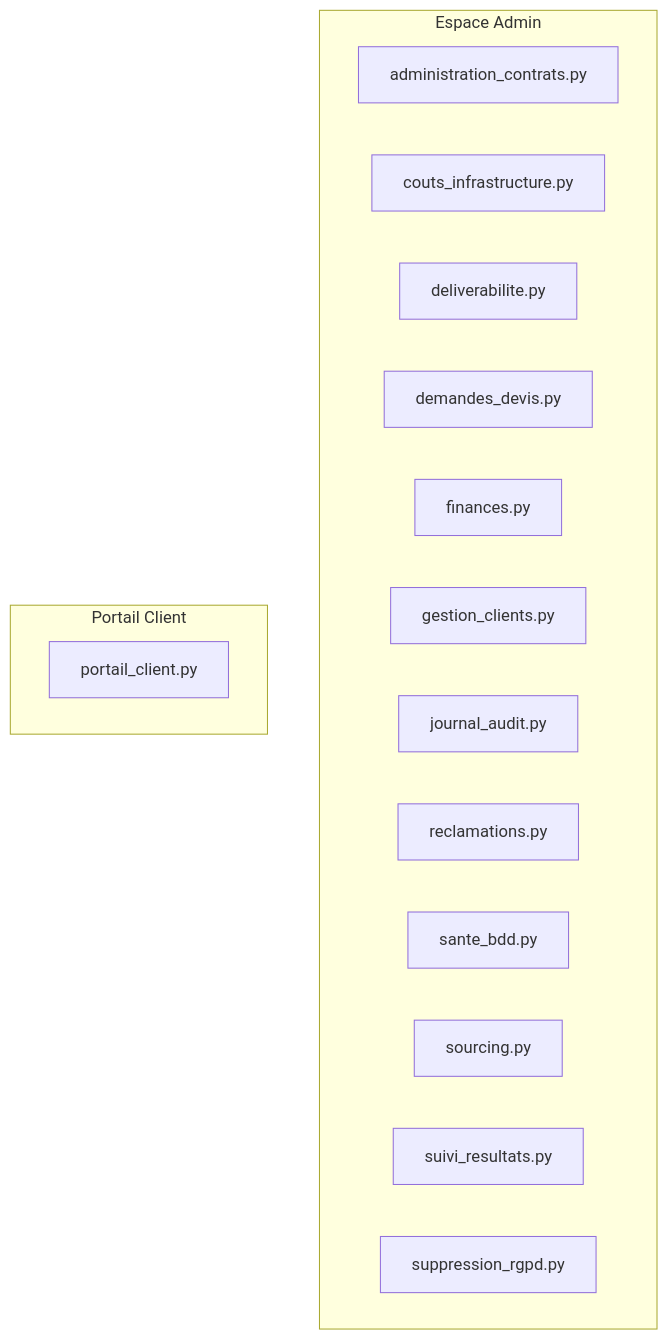
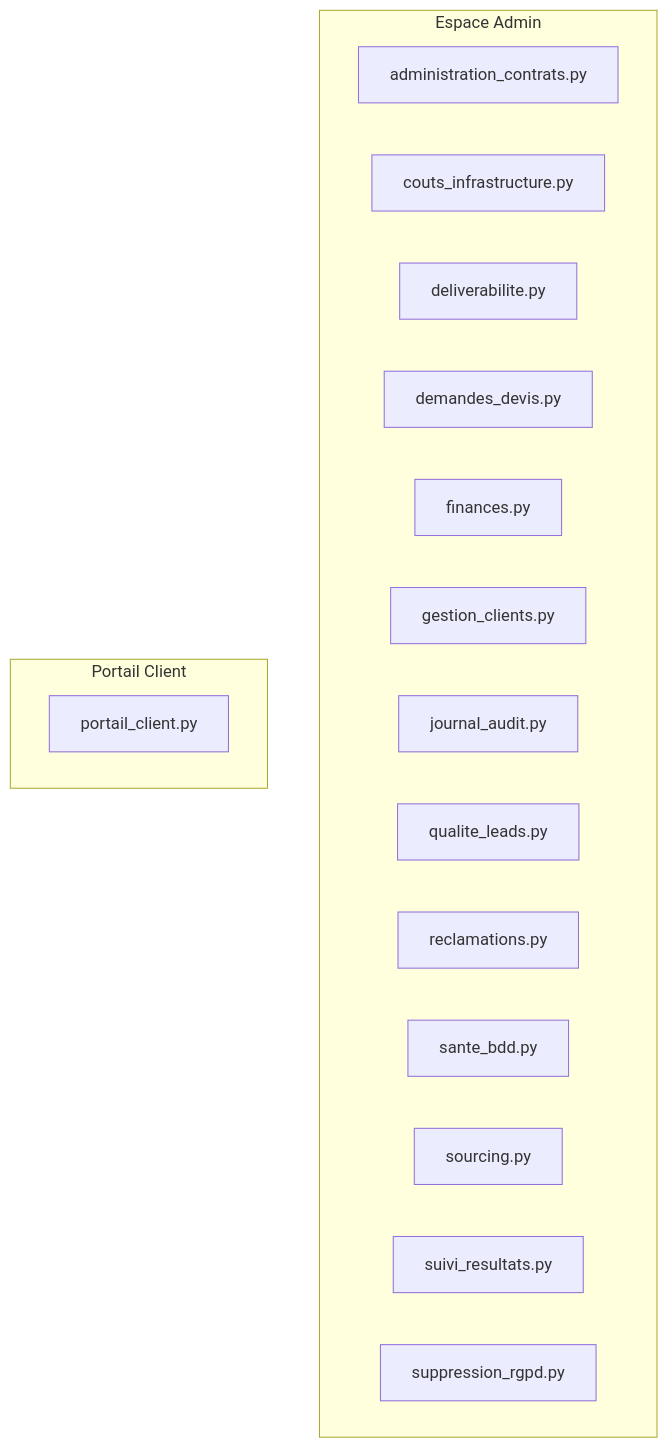
Before and after one commit to contactmonagenceiapro-sudo/leads-creator: the third of 3 diagrams in docs/architecture_globale.md, drawn with Mermaid. The commit also changed other lines of this file and 6 other files, not shown here.

````diff
--- a/docs/architecture_globale.md
+++ b/docs/architecture_globale.md
@@ -399,20 +399,21 @@
 ```mermaid
 flowchart TD
     subgraph ADMIN["Espace Admin"]
         administration_contrats_py["administration_contrats.py"]
         couts_infrastructure_py["couts_infrastructure.py"]
         deliverabilite_py["deliverabilite.py"]
         demandes_devis_py["demandes_devis.py"]
         finances_py["finances.py"]
         gestion_clients_py["gestion_clients.py"]
         journal_audit_py["journal_audit.py"]
+        qualite_leads_py["qualite_leads.py"]
         reclamations_py["reclamations.py"]
         sante_bdd_py["sante_bdd.py"]
         sourcing_py["sourcing.py"]
         suivi_resultats_py["suivi_resultats.py"]
         suppression_rgpd_py["suppression_rgpd.py"]
     end
     subgraph CLIENT["Portail Client"]
         portail_client_py["portail_client.py"]
     end
 ```
````
